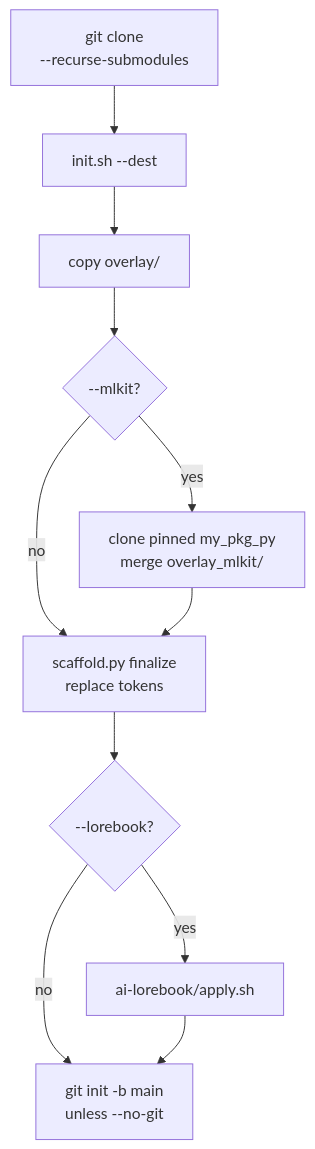
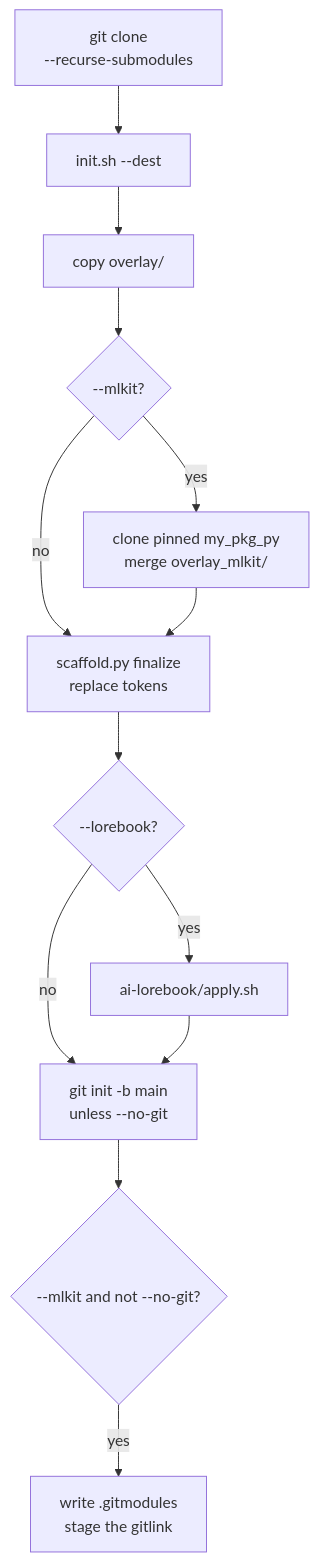
The diagram in docs/en/init.md (zeroDtree/py-project-template), drawn with Mermaid before and after one commit. The commit also changed other lines of this file and 14 other files, not shown here.

````diff
--- a/docs/en/init.md
+++ b/docs/en/init.md
@@ -39,13 +39,15 @@
 ```mermaid
 flowchart TD
   clone["git clone<br/>--recurse-submodules"] --> init["init.sh --dest"]
   init --> overlay["copy overlay/"]
   overlay --> mlkit{"--mlkit?"}
   mlkit -->|yes| pin["clone pinned my_pkg_py<br/>merge overlay_mlkit/"]
   mlkit -->|no| tokens["scaffold.py finalize<br/>replace tokens"]
   pin --> tokens
   tokens --> lore{"--lorebook?"}
   lore -->|yes| rules["ai-lorebook/apply.sh"]
   lore -->|no| git["git init -b main<br/>unless --no-git"]
   rules --> git
+  git --> record{"--mlkit and not --no-git?"}
+  record -->|yes| link["write .gitmodules<br/>stage the gitlink"]
 ```
````
